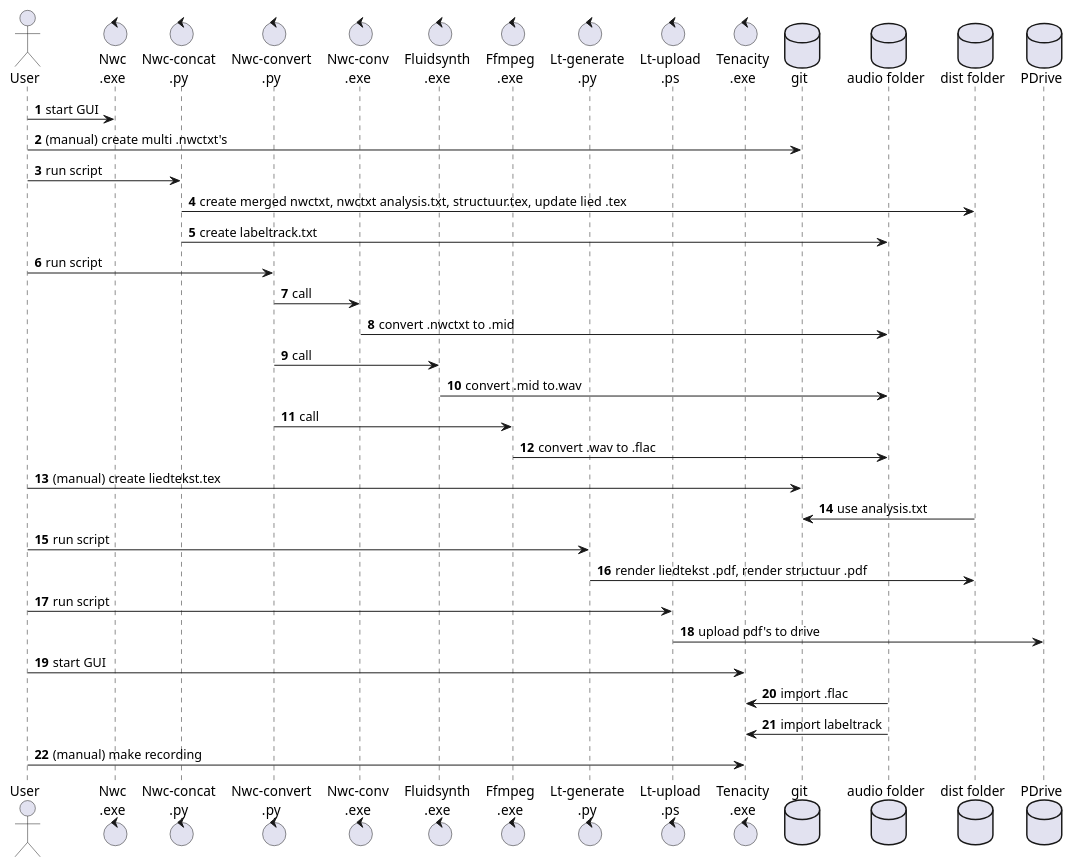
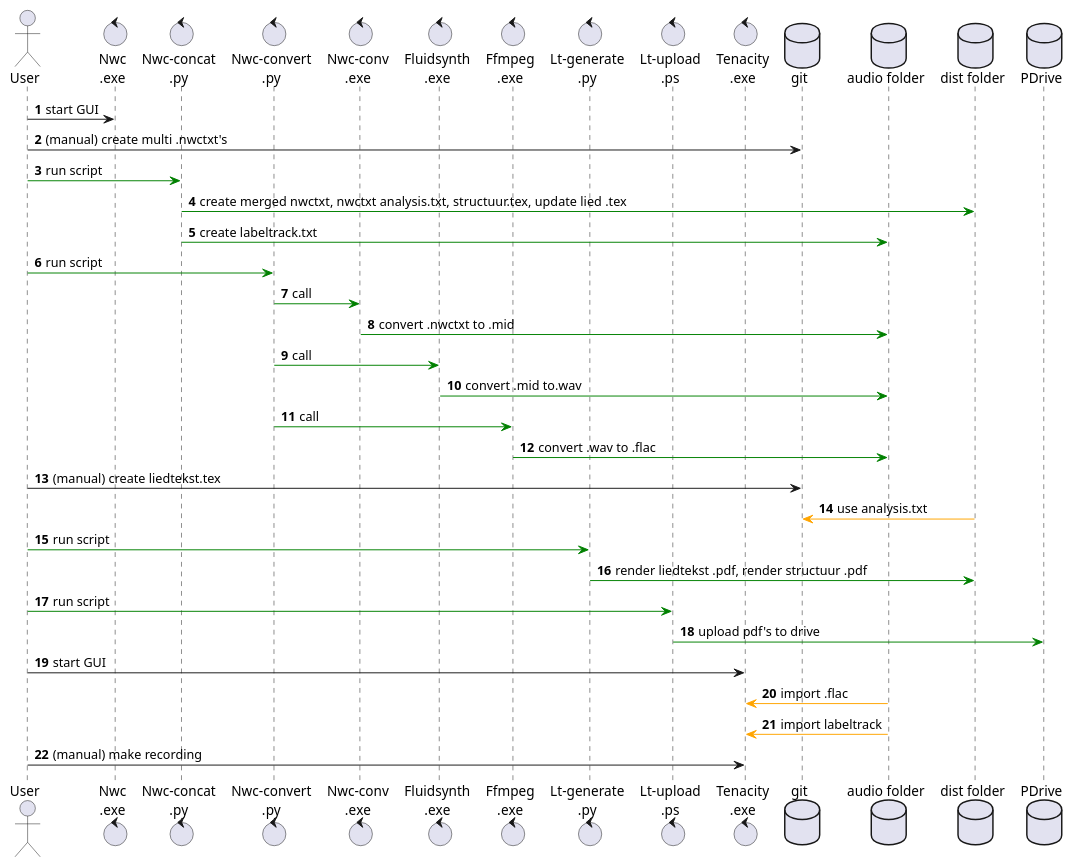
Before and after one commit to real70discohits/liedteksten-code: the diagram in project/schema.pu, drawn with PlantUML. The commit also changed 1 other file, not shown here.

```diff
--- a/project/schema.pu
+++ b/project/schema.pu
@@ -1,40 +1,40 @@
 @startuml
 actor       User       as u1
 control     "Nwc\n.exe"     as nwc
 control     "Nwc-concat\n.py"      as nwconcpy
 control     "Nwc-convert\n.py"      as nwconvpy
 control     "Nwc-conv\n.exe"  as nwconvexe
 control     "Fluidsynth\n.exe"   as fluid
 control     "Ffmpeg\n.exe" as ffmpeg
 control     "Lt-generate\n.py" as ltgenerate
 control     "Lt-upload\n.ps"    as ltupload
 control     "Tenacity\n.exe"  as tenacity
 database    "git" as repos
 database    "audio folder" as audio_output_folder
 database    "dist folder" as dist
 database    PDrive as pdrive
 
 autonumber
 u1 -> nwc : start GUI
 u1 -> repos: (manual) create multi .nwctxt's
-u1 -> nwconcpy : run script
-nwconcpy -> dist: create merged nwctxt, nwctxt analysis.txt, structuur.tex, update lied .tex
-nwconcpy -> audio_output_folder: create labeltrack.txt
-u1 -> nwconvpy : run script
-nwconvpy -> nwconvexe : call
-nwconvexe -> audio_output_folder: convert .nwctxt to .mid
-nwconvpy -> fluid : call
-fluid -> audio_output_folder: convert .mid to.wav
-nwconvpy -> ffmpeg : call
-ffmpeg -> audio_output_folder: convert .wav to .flac
+u1 -[#green]> nwconcpy : run script
+nwconcpy -[#green]> dist: create merged nwctxt, nwctxt analysis.txt, structuur.tex, update lied .tex
+nwconcpy -[#green]> audio_output_folder: create labeltrack.txt
+u1 -[#green]> nwconvpy : run script
+nwconvpy -[#green]> nwconvexe : call
+nwconvexe -[#green]> audio_output_folder: convert .nwctxt to .mid
+nwconvpy -[#green]> fluid : call
+fluid -[#green]> audio_output_folder: convert .mid to.wav
+nwconvpy -[#green]> ffmpeg : call
+ffmpeg -[#green]> audio_output_folder: convert .wav to .flac
 u1 -> repos: (manual) create liedtekst.tex
-dist -> repos: use analysis.txt
-u1 -> ltgenerate : run script
-ltgenerate -> dist: render liedtekst .pdf, render structuur .pdf
-u1 -> ltupload : run script
-ltupload -> pdrive : upload pdf's to drive
+dist -[#orange]> repos: use analysis.txt
+u1 -[#green]> ltgenerate : run script
+ltgenerate -[#green]> dist: render liedtekst .pdf, render structuur .pdf
+u1 -[#green]> ltupload : run script
+ltupload -[#green]> pdrive : upload pdf's to drive
 u1 -> tenacity : start GUI
-tenacity <- audio_output_folder: import .flac 
-tenacity <- audio_output_folder: import labeltrack
+tenacity <[#orange]- audio_output_folder: import .flac 
+tenacity <[#orange]- audio_output_folder: import labeltrack
 u1 -> tenacity : (manual) make recording
 @enduml
```
